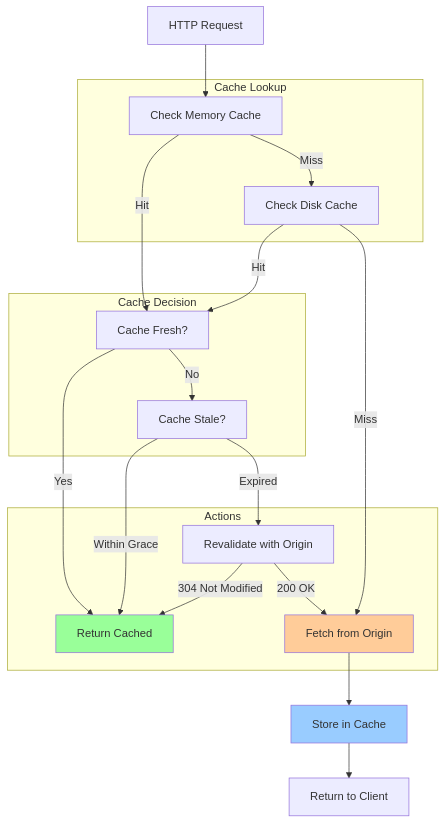
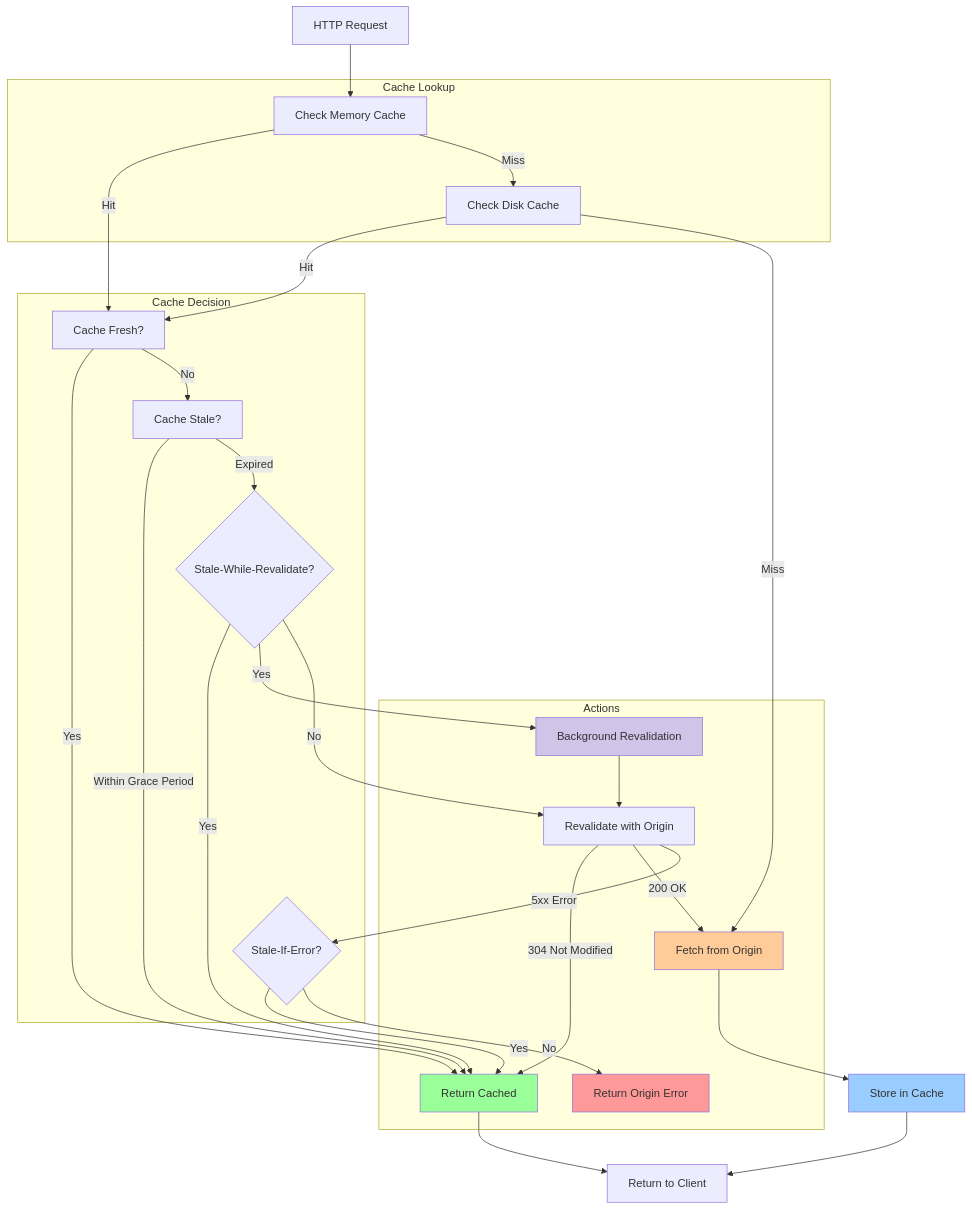
The second of 2 diagrams in apps/active/devops/localnet/internal-docs/diagrams/04-web-proxy-flow.md (levonk/infrahub), drawn with Mermaid before and after one commit. The commit also changed other lines of this file and 10 other files, not shown here.

````diff
--- a/apps/active/devops/localnet/internal-docs/diagrams/04-web-proxy-flow.md
+++ b/apps/active/devops/localnet/internal-docs/diagrams/04-web-proxy-flow.md
@@ -105,42 +117,58 @@
 ```mermaid
 graph TB
     Request[HTTP Request]
-    
+
     subgraph "Cache Lookup"
         MemCheck[Check Memory Cache]
         DiskCheck[Check Disk Cache]
     end
-    
+
     subgraph "Cache Decision"
         Fresh[Cache Fresh?]
         Stale[Cache Stale?]
+        SWR{Stale-While-Revalidate?}
+        SIE{Stale-If-Error?}
     end
-    
+
     subgraph "Actions"
         Hit[Return Cached]
         Revalidate[Revalidate with Origin]
+        BackgroundRevalidate[Background Revalidation]
         Miss[Fetch from Origin]
+        ReturnError[Return Origin Error]
     end
-    
+
     Request --> MemCheck
     MemCheck -->|Hit| Fresh
     MemCheck -->|Miss| DiskCheck
     DiskCheck -->|Hit| Fresh
     DiskCheck -->|Miss| Miss
-    
+
     Fresh -->|Yes| Hit
     Fresh -->|No| Stale
-    
-    Stale -->|Within Grace| Hit
-    Stale -->|Expired| Revalidate
-    
+
+    Stale -->|Within Grace Period| Hit
+    Stale -->|Expired| SWR
+
+    SWR -->|Yes| Hit
+    SWR -->|Yes| BackgroundRevalidate
+    SWR -->|No| Revalidate
+
+    BackgroundRevalidate --> Revalidate
     Revalidate -->|304 Not Modified| Hit
     Revalidate -->|200 OK| Miss
-    
+    Revalidate -->|5xx Error| SIE
+
+    SIE -->|Yes| Hit
+    SIE -->|No| ReturnError
+
     Miss --> Store[Store in Cache]
     Store --> Return[Return to Client]
-    
+    Hit --> Return
+
     style Hit fill:#99ff99
     style Miss fill:#ffcc99
     style Store fill:#99ccff
+    style ReturnError fill:#ff9999
+    style BackgroundRevalidate fill:#d1c4e9
 ```
````
